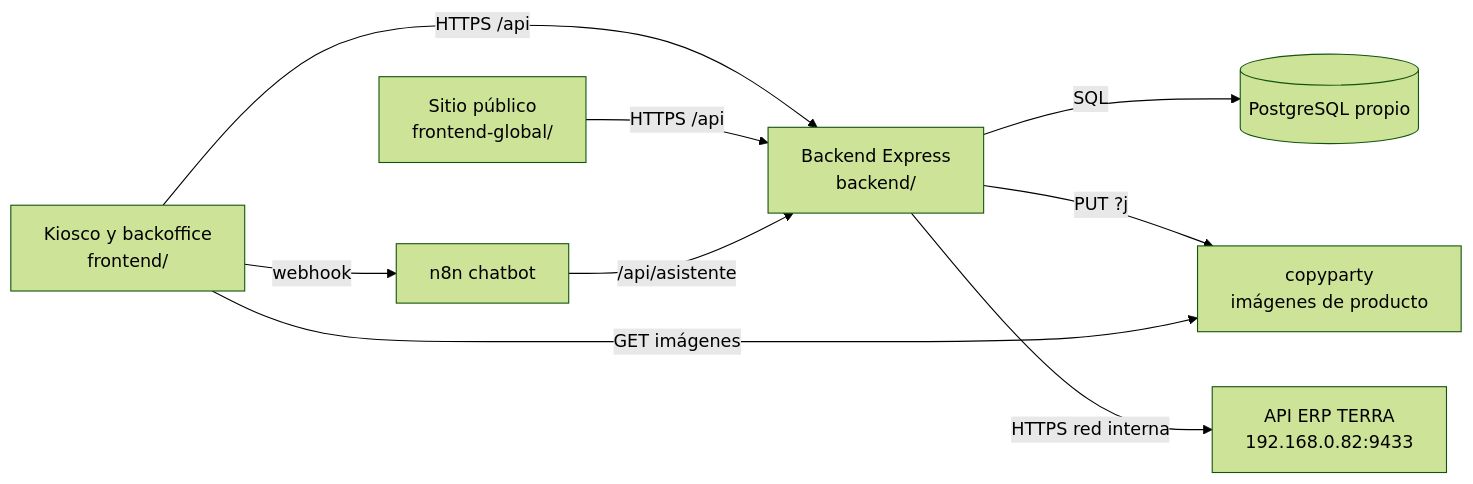
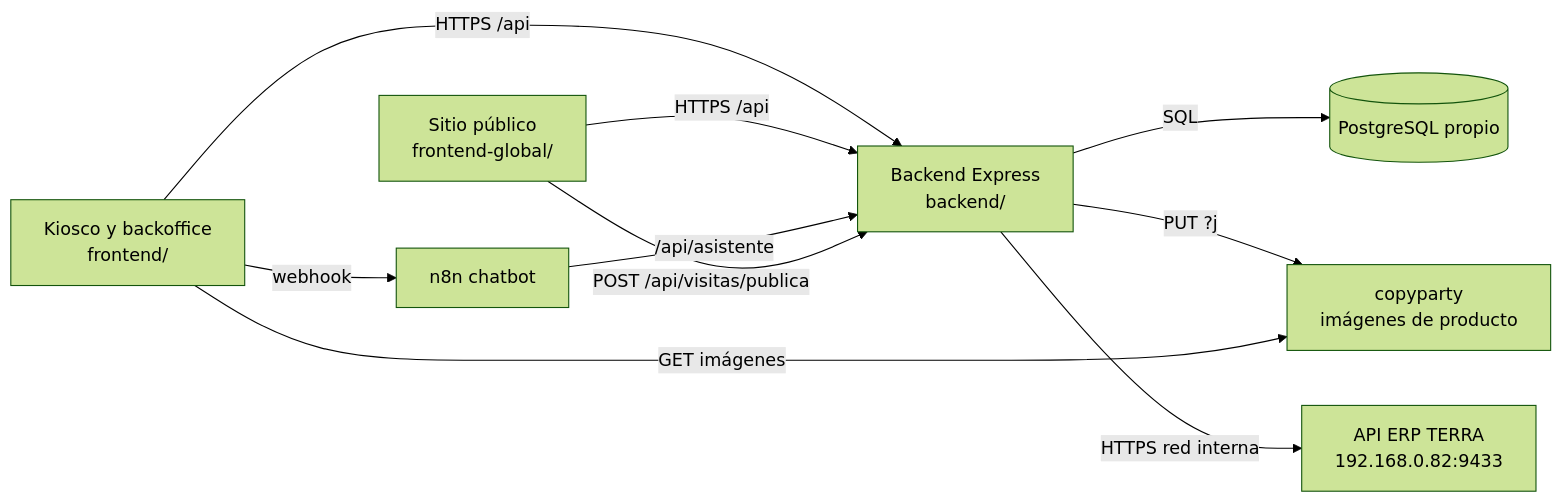
Before and after one commit to clpaulocesar/terra_nuevo: the diagram in docs/01-arquitectura.md, drawn with Mermaid (forest theme). The commit also changed other lines of this file and 14 other files, not shown here.

````diff
--- a/docs/01-arquitectura.md
+++ b/docs/01-arquitectura.md
@@ -12,11 +12,12 @@
 ```mermaid
 flowchart LR
   K[Kiosco y backoffice<br/>frontend/] -->|HTTPS /api| B[Backend Express<br/>backend/]
   G[Sitio público<br/>frontend-global/] -->|HTTPS /api| B
   B -->|SQL| P[(PostgreSQL propio)]
   B -->|PUT ?j| C[copyparty<br/>imágenes de producto]
   B -->|HTTPS red interna| E[API ERP TERRA<br/>192.168.0.82:9433]
   K -->|GET imágenes| C
   K -->|webhook| N[n8n chatbot]
   N -->|/api/asistente| B
+  G -->|POST /api/visitas/publica| B
 ```
````
